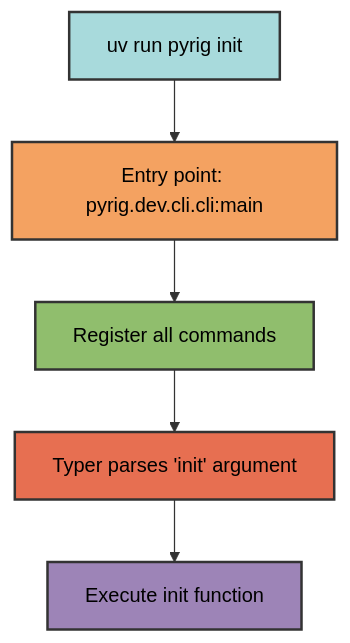
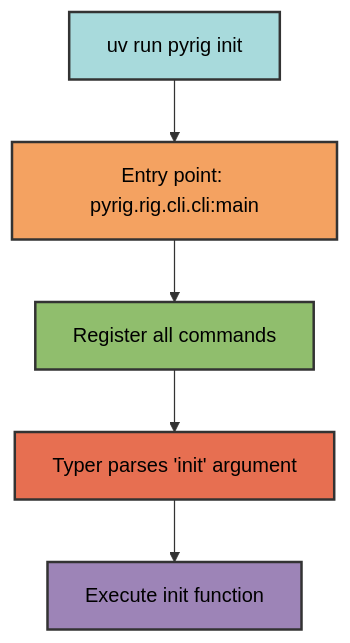
Before and after one commit to Winipedia/pyrig: the third of 3 diagrams in docs/cli/architecture.md, drawn with Mermaid. The commit also changed other lines of this file and 478 other files, not shown here.

Commit message:
renamed dev to rig and tests pass

````diff
--- a/docs/cli/architecture.md
+++ b/docs/cli/architecture.md
@@ -151,13 +151,13 @@
 ```mermaid
 graph TD
-    A[uv run pyrig init] --> B[Entry point: pyrig.dev.cli.cli:main]
+    A[uv run pyrig init] --> B[Entry point: pyrig.rig.cli.cli:main]
     B --> C[Register all commands]
     C --> D[Typer parses 'init' argument]
     D --> E[Execute init function]
 
     style A fill:#a8dadc,stroke:#333,stroke-width:2px,color:#000
     style B fill:#f4a261,stroke:#333,stroke-width:2px,color:#000
     style C fill:#90be6d,stroke:#333,stroke-width:2px,color:#000
     style D fill:#e76f51,stroke:#333,stroke-width:2px,color:#000
     style E fill:#9d84b7,stroke:#333,stroke-width:2px,color:#000
 ```
````
